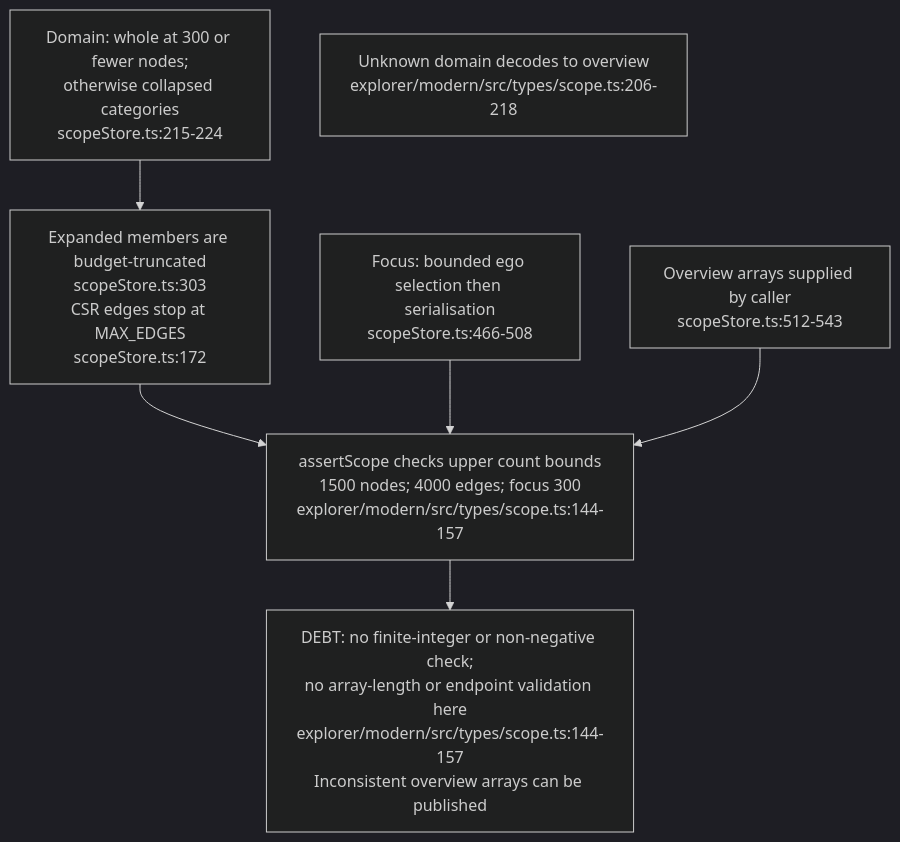
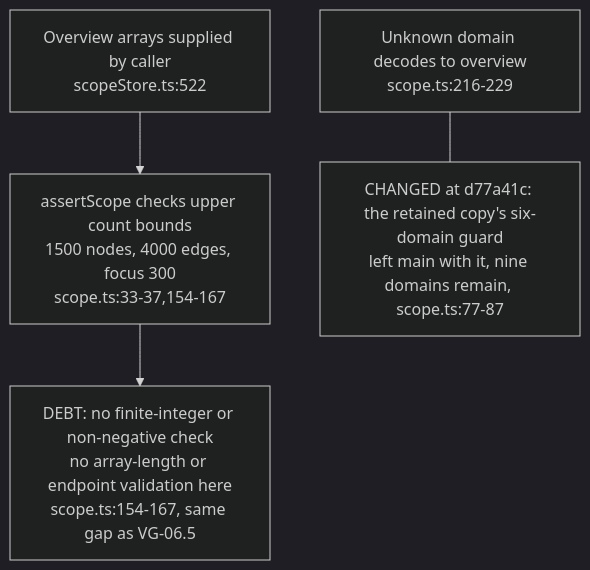
The third of 5 diagrams in docs/diagrams/knowledgegraph/04-explorer-and-site-build.md (DreamLab-AI/VisionFlow), drawn with Mermaid (dark theme) before and after one commit. The commit also changed other lines of this file and 11 other files, not shown here.

First line of the commit message:
docs(diagrams): visiongraph and knowledgegraph re-verified (explorer on vowl-wasm 0.4.0, knowledgeGraph explorer retired)

````diff
--- a/docs/diagrams/knowledgegraph/04-explorer-and-site-build.md
+++ b/docs/diagrams/knowledgegraph/04-explorer-and-site-build.md
@@ -88,14 +79,11 @@
 ```mermaid
 flowchart TB
-    DOMAIN["Domain: whole at 300 or fewer nodes;<br/>otherwise collapsed categories<br/>scopeStore.ts:215-224"]
-    CUT["Expanded members are budget-truncated<br/>scopeStore.ts:303<br/>CSR edges stop at MAX_EDGES<br/>scopeStore.ts:172"]
-    FOCUS["Focus: bounded ego selection then serialisation<br/>scopeStore.ts:466-508"]
-    OVER["Overview arrays supplied by caller<br/>scopeStore.ts:512-543"]
-    ASSERT["assertScope checks upper count bounds<br/>1500 nodes; 4000 edges; focus 300<br/>explorer/modern/src/types/scope.ts:144-157"]
-    DOMAIN --> CUT --> ASSERT
-    FOCUS --> ASSERT
+    OVER["Overview arrays supplied by caller<br/>scopeStore.ts:522"]
+    ASSERT["assertScope checks upper count bounds<br/>1500 nodes, 4000 edges, focus 300<br/>scope.ts:33-37,154-167"]
     OVER --> ASSERT
-    GAP["DEBT: no finite-integer or non-negative check;<br/>no array-length or endpoint validation here<br/>explorer/modern/src/types/scope.ts:144-157<br/>Inconsistent overview arrays can be published"]
+    GAP["DEBT: no finite-integer or non-negative check<br/>no array-length or endpoint validation here<br/>scope.ts:154-167, same gap as VG-06.5"]
     ASSERT --> GAP
-    URL["Unknown domain decodes to overview<br/>explorer/modern/src/types/scope.ts:206-218"]
+    URL["Unknown domain decodes to overview<br/>scope.ts:216-229"]
+    NOTE["CHANGED at d77a41c: the retained copy's six-domain guard<br/>left main with it, nine domains remain, scope.ts:77-87"]
+    URL --- NOTE
 ```
````
